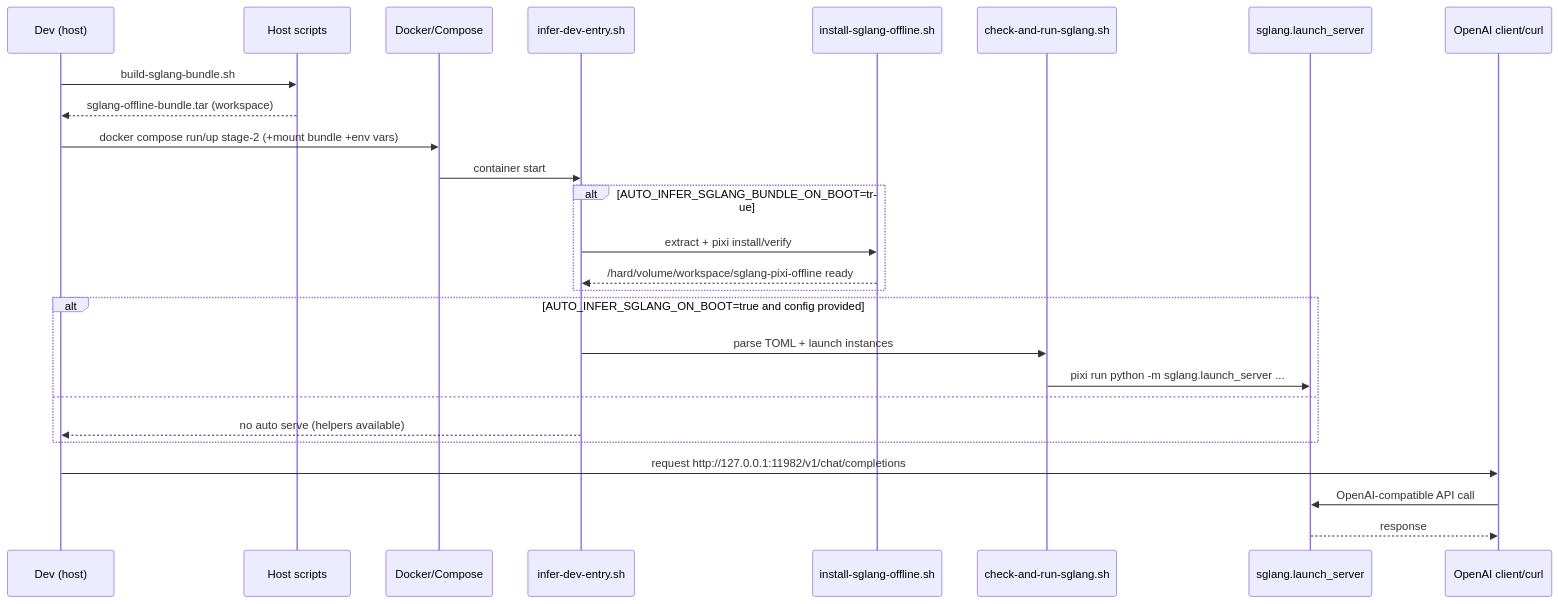
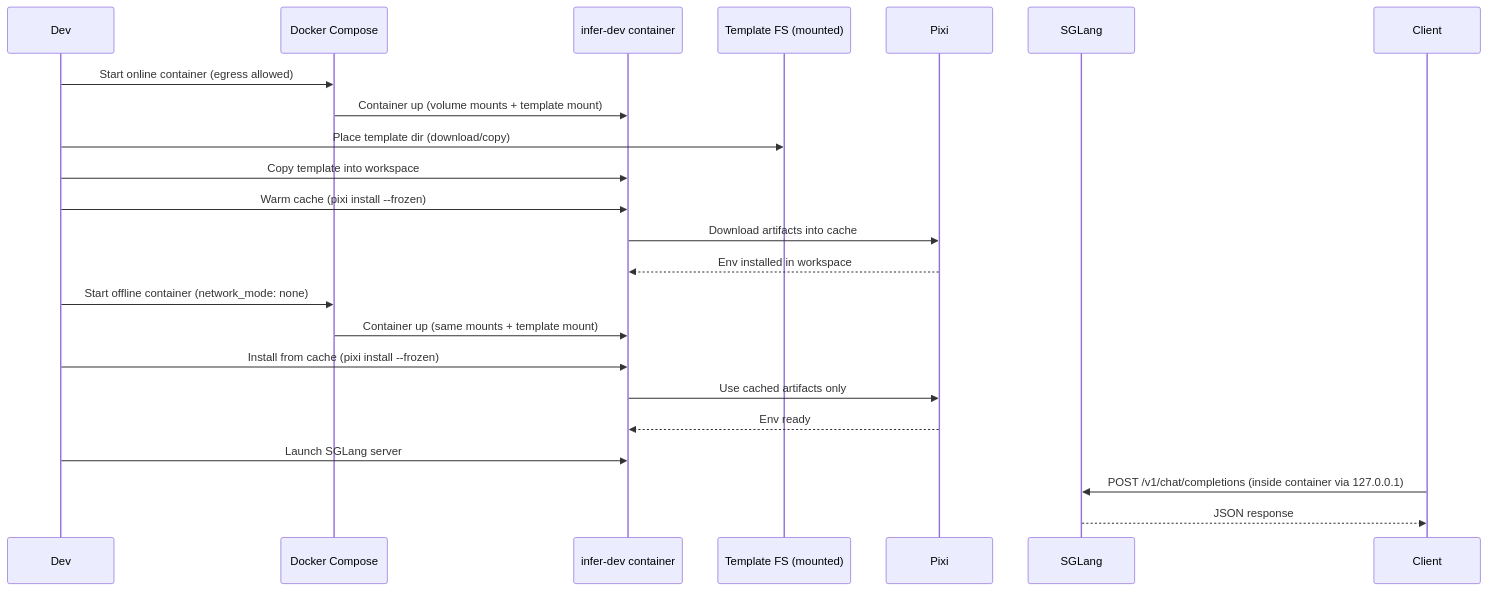
The diagram in context/plans/plan-add-sglang-inference-in-infer-dev.md (CodeGandee/dev-dockers), drawn with Mermaid before and after one commit. The commit also changed other lines of this file and 5 other files, not shown here.

Commit message:
feat(infer-dev): make sglang-infer cu128-only

````diff
--- a/context/plans/plan-add-sglang-inference-in-infer-dev.md
+++ b/context/plans/plan-add-sglang-inference-in-infer-dev.md
@@ -93,33 +105,27 @@
 ```mermaid
 sequenceDiagram
-  participant Dev as Dev (host)
-  participant Host as Host scripts
-  participant Docker as Docker/Compose
-  participant Entry as infer-dev-entry.sh
-  participant Installer as install-sglang-offline.sh
-  participant Runner as check-and-run-sglang.sh
-  participant S as sglang.launch_server
-  participant Client as OpenAI client/curl
+  participant Dev as Dev
+  participant Compose as Docker Compose
+  participant C as infer-dev container
+  participant FS as Template FS (mounted)
+  participant Pixi as Pixi
+  participant SGL as SGLang
+  participant Client as Client
 
-  Dev->>Host: build-sglang-bundle.sh
-  Host-->>Dev: sglang-offline-bundle.tar (workspace)
+  Dev->>Compose: Start online container (egress allowed)
+  Compose->>C: Container up (volume mounts + template mount)
+  Dev->>FS: Place template dir (download/copy)
+  Dev->>C: Copy template into workspace
+  Dev->>C: Warm cache (pixi install --frozen)
+  C->>Pixi: Download artifacts into cache
+  Pixi-->>C: Env installed in workspace
 
-  Dev->>Docker: docker compose run/up stage-2 (+mount bundle +env vars)
-  Docker->>Entry: container start
-
-  alt AUTO_INFER_SGLANG_BUNDLE_ON_BOOT=true
-    Entry->>Installer: extract + pixi install/verify
-    Installer-->>Entry: /hard/volume/workspace/sglang-pixi-offline ready
-  end
-
-  alt AUTO_INFER_SGLANG_ON_BOOT=true and config provided
-    Entry->>Runner: parse TOML + launch instances
-    Runner->>S: pixi run python -m sglang.launch_server ...
-  else
-    Entry-->>Dev: no auto serve (helpers available)
-  end
-
-  Dev->>Client: request http://127.0.0.1:11982/v1/chat/completions
-  Client->>S: OpenAI-compatible API call
-  S-->>Client: response
+  Dev->>Compose: Start offline container (network_mode: none)
+  Compose->>C: Container up (same mounts + template mount)
+  Dev->>C: Install from cache (pixi install --frozen)
+  C->>Pixi: Use cached artifacts only
+  Pixi-->>C: Env ready
+  Dev->>C: Launch SGLang server
+  Client->>SGL: POST /v1/chat/completions (inside container via 127.0.0.1)
+  SGL-->>Client: JSON response
 ```
````
